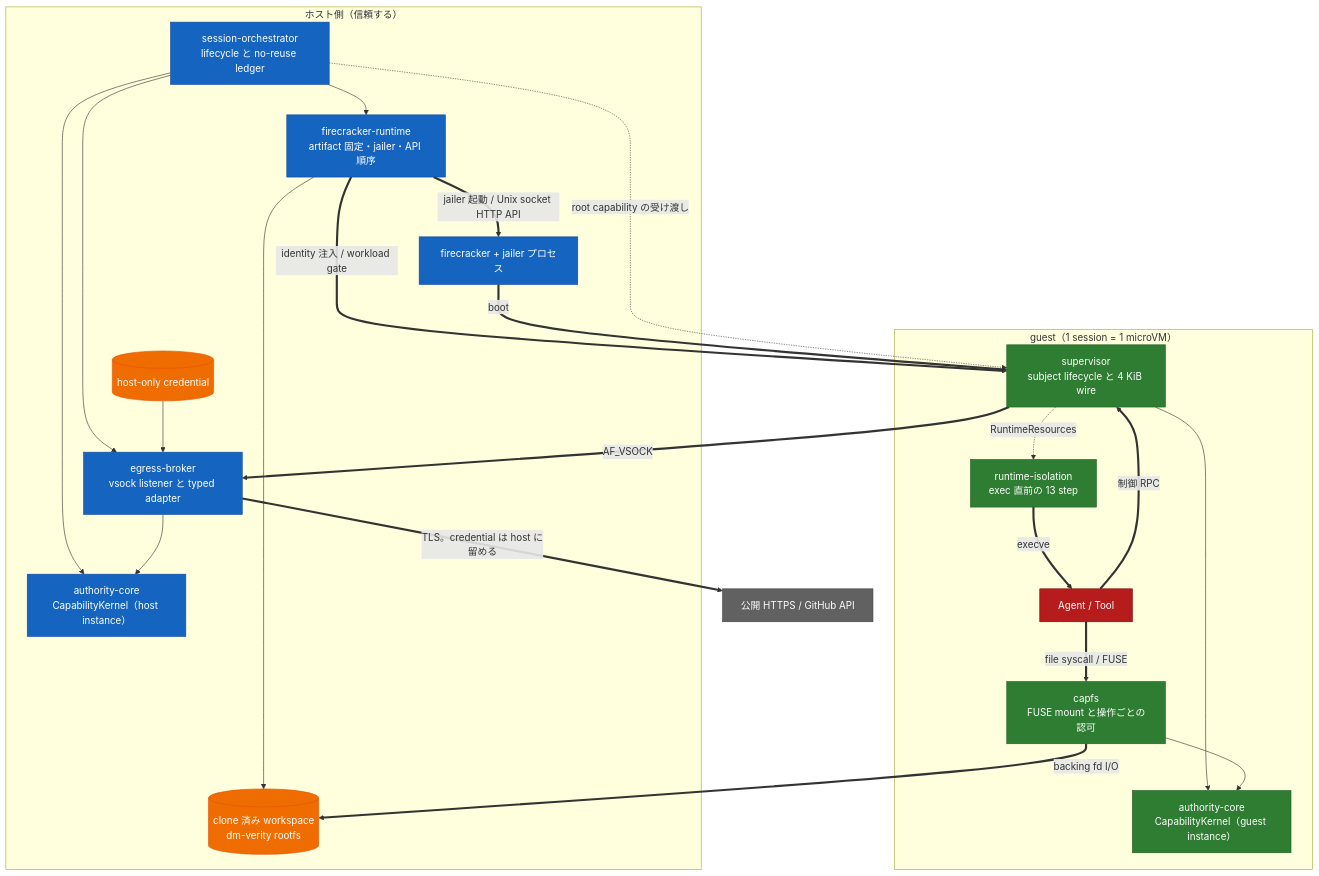
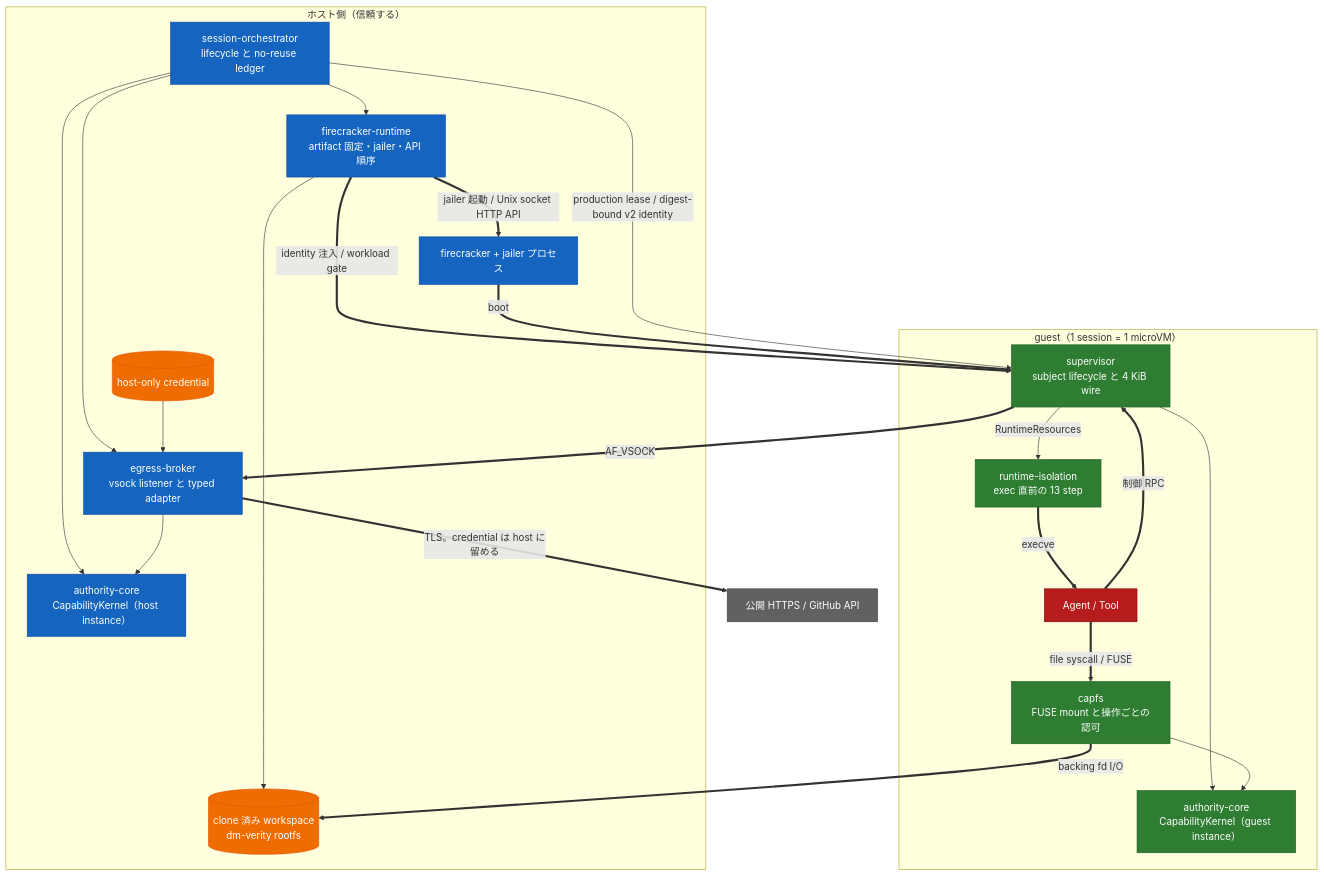
Before and after one commit to Aqua-218/SecCamp-AIAgent: the first of 3 diagrams in docs/design/architecture.md, drawn with Mermaid. The commit also changed other lines of this file, not shown here.

First line of the commit message:
docs(architecture): redraw the map around code that now exists

````diff
--- a/docs/design/architecture.md
+++ b/docs/design/architecture.md
@@ -15,53 +15,53 @@
 ```mermaid
 flowchart TB
     subgraph host["ホスト側（信頼する）"]
         orch["session-orchestrator<br/>lifecycle と no-reuse ledger"]
         akh["authority-core<br/>CapabilityKernel（host instance）"]
         broker["egress-broker<br/>vsock listener と typed adapter"]
         fcrt["firecracker-runtime<br/>artifact 固定・jailer・API 順序"]
         cred[("host-only credential")]
         fcproc["firecracker + jailer プロセス"]
         ws[("clone 済み workspace<br/>dm-verity rootfs")]
     end
 
     subgraph guest["guest（1 session = 1 microVM）"]
         sup["supervisor<br/>subject lifecycle と 4 KiB wire"]
         akg["authority-core<br/>CapabilityKernel（guest instance）"]
         capfs["capfs<br/>FUSE mount と操作ごとの認可"]
         iso["runtime-isolation<br/>exec 直前の 13 step"]
         wl["Agent / Tool"]
     end
 
     ext["公開 HTTPS / GitHub API"]
 
     orch --> akh
     orch --> fcrt
     orch --> broker
     cred --> broker
     fcrt ==>|"jailer 起動 / Unix socket HTTP API"| fcproc
     fcrt ==>|"identity 注入 / workload gate"| sup
     fcproc ==>|"boot"| sup
     fcrt --> ws
-    orch -.->|"root capability の受け渡し"| sup
+    orch -->|"production lease / digest-bound v2 identity"| sup
     sup --> akg
     capfs --> akg
-    sup -.->|"RuntimeResources"| iso
+    sup -->|"RuntimeResources"| iso
     iso ==>|"execve"| wl
     wl ==>|"file syscall / FUSE"| capfs
     wl ==>|"制御 RPC"| sup
     capfs ==>|"backing fd I/O"| ws
     sup ==>|"AF_VSOCK"| broker
     broker --> akh
     broker ==>|"TLS。credential は host に留める"| ext
 
     classDef trusted fill:#1565c0,color:#fff,stroke:#0d47a1;
     classDef guestside fill:#2e7d32,color:#fff,stroke:#1b5e20;
     classDef untrusted fill:#b71c1c,color:#fff,stroke:#7f0000;
     classDef data fill:#ef6c00,color:#fff,stroke:#e65100;
     classDef external fill:#616161,color:#fff,stroke:#424242;
     class orch,akh,broker,fcrt,fcproc trusted;
     class sup,akg,capfs,iso guestside;
     class wl untrusted;
     class ws,cred data;
     class ext external;
 ```
````
